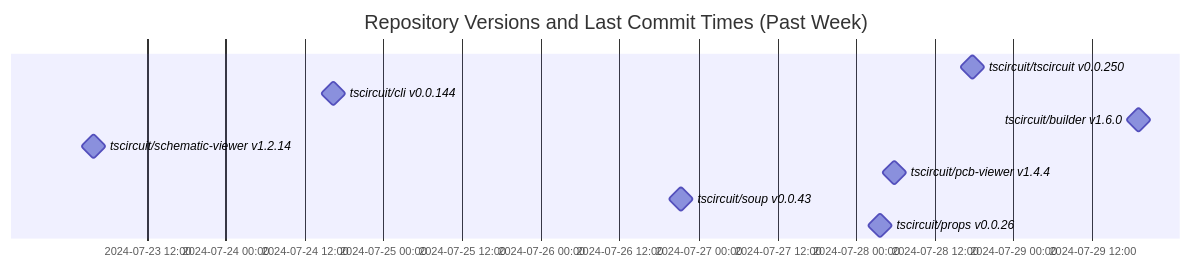
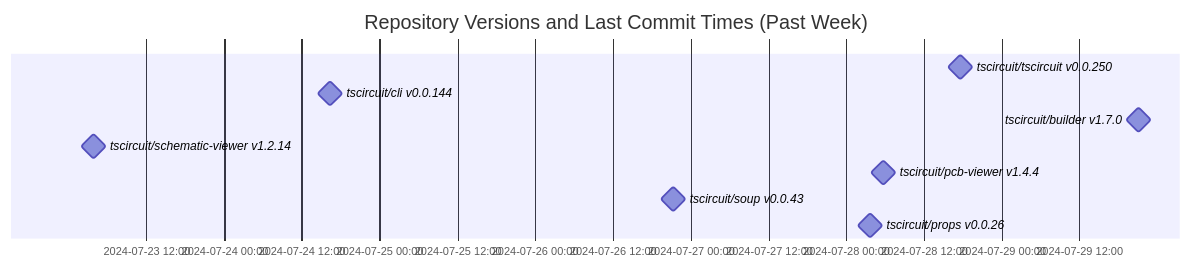
One commit to tscircuit/version-tracker changed the diagram in README.md. Above: the diagram before and after it, drawn with Mermaid.

Commit message:
Update chart

````diff
--- a/README.md
+++ b/README.md
@@ -1,14 +1,14 @@
 ```mermaid
 gantt
   dateFormat  YYYY-MM-DD HH:mm:ss
   title Repository Versions and Last Commit Times (Past Week)
   axisFormat %Y-%m-%d %H:%M
 
   tscircuit/tscircuit v0.0.250 : milestone, 2024-07-28 17:40:14, 1s
   tscircuit/cli v0.0.144 : milestone, 2024-07-24 16:24:13, 1s
-  tscircuit/builder v1.6.0 : milestone, 2024-07-29 19:02:16, 1s
+  tscircuit/builder v1.7.0 : milestone, 2024-07-29 21:06:30, 1s
   tscircuit/schematic-viewer v1.2.14 : milestone, 2024-07-23 03:50:56, 1s
   tscircuit/pcb-viewer v1.4.4 : milestone, 2024-07-28 05:46:25, 1s
   tscircuit/soup v0.0.43 : milestone, 2024-07-26 21:15:18, 1s
   tscircuit/props v0.0.26 : milestone, 2024-07-28 03:42:14, 1s
 ```
````
